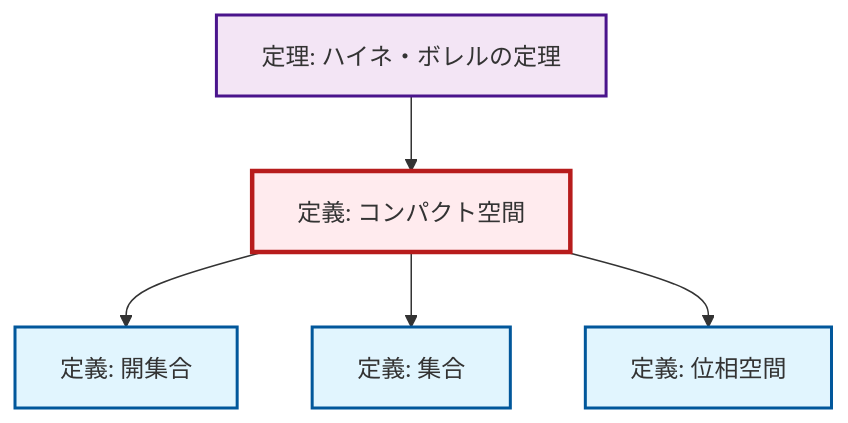
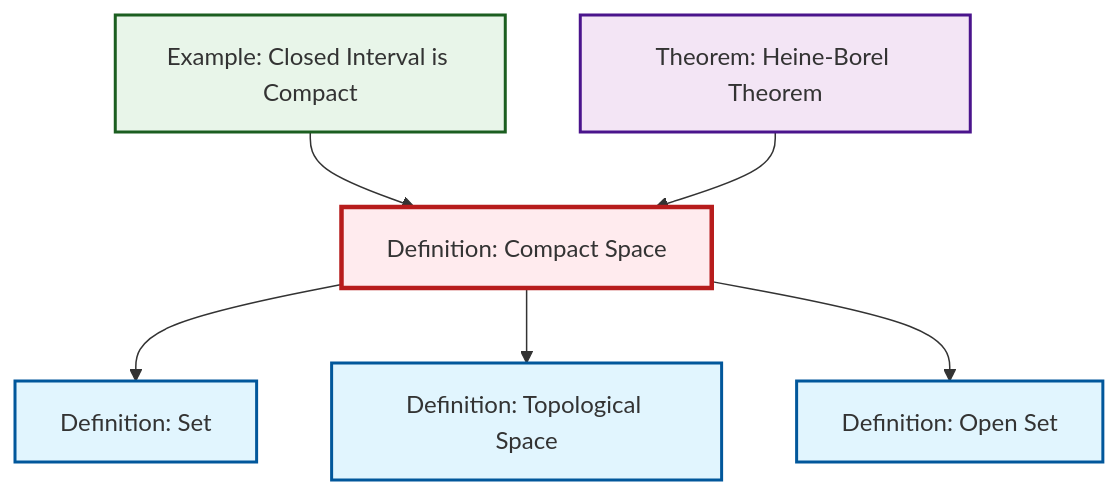
The diagram in content/ja/topology/def-compact.qmd (RK0429/ModernMath), drawn with Mermaid before and after one commit. The commit also changed 203 other files, not shown here.

````diff
--- a/content/ja/topology/def-compact.qmd
+++ b/content/ja/topology/def-compact.qmd
@@ -48,24 +48,21 @@
 ```{mermaid}
-%%| fig-cap: "局所依存関係グラフ"
+%%| fig-cap: "Local dependency graph"
 graph TD
     classDef definition fill:#e1f5fe,stroke:#01579b,stroke-width:2px
     classDef theorem fill:#f3e5f5,stroke:#4a148c,stroke-width:2px
     classDef axiom fill:#fff3e0,stroke:#e65100,stroke-width:2px
     classDef example fill:#e8f5e9,stroke:#1b5e20,stroke-width:2px
     classDef current fill:#ffebee,stroke:#b71c1c,stroke-width:3px
-    thm-heine-borel["定理: ハイネ・ボレルの定理"]:::theorem
-    def-set["定義: 集合"]:::definition
-    def-compact["定義: コンパクト空間"]:::definition
-    def-open-set["定義: 開集合"]:::definition
-    def-topological-space["定義: 位相空間"]:::definition
-    def-compact --> def-open-set
+    def-topological-space["Definition: Topological Space"]:::definition
+    def-open-set["Definition: Open Set"]:::definition
+    ex-closed-interval-compact["Example: Closed Interval is Compact"]:::example
+    def-set["Definition: Set"]:::definition
+    def-compact["Definition: Compact Space"]:::definition
+    thm-heine-borel["Theorem: Heine-Borel Theorem"]:::theorem
     def-compact --> def-set
     def-compact --> def-topological-space
+    ex-closed-interval-compact --> def-compact
+    def-compact --> def-open-set
     thm-heine-borel --> def-compact
     class def-compact current
-
-    click thm-heine-borel "thm-heine-borel.html" "Go to 定理: ハイネ・ボレルの定理"
-    click def-set "def-set.html" "Go to 定義: 集合"
-    click def-open-set "def-open-set.html" "Go to 定義: 開集合"
-    click def-topological-space "def-topological-space.html" "Go to 定義: 位相空間"
 ```
````
